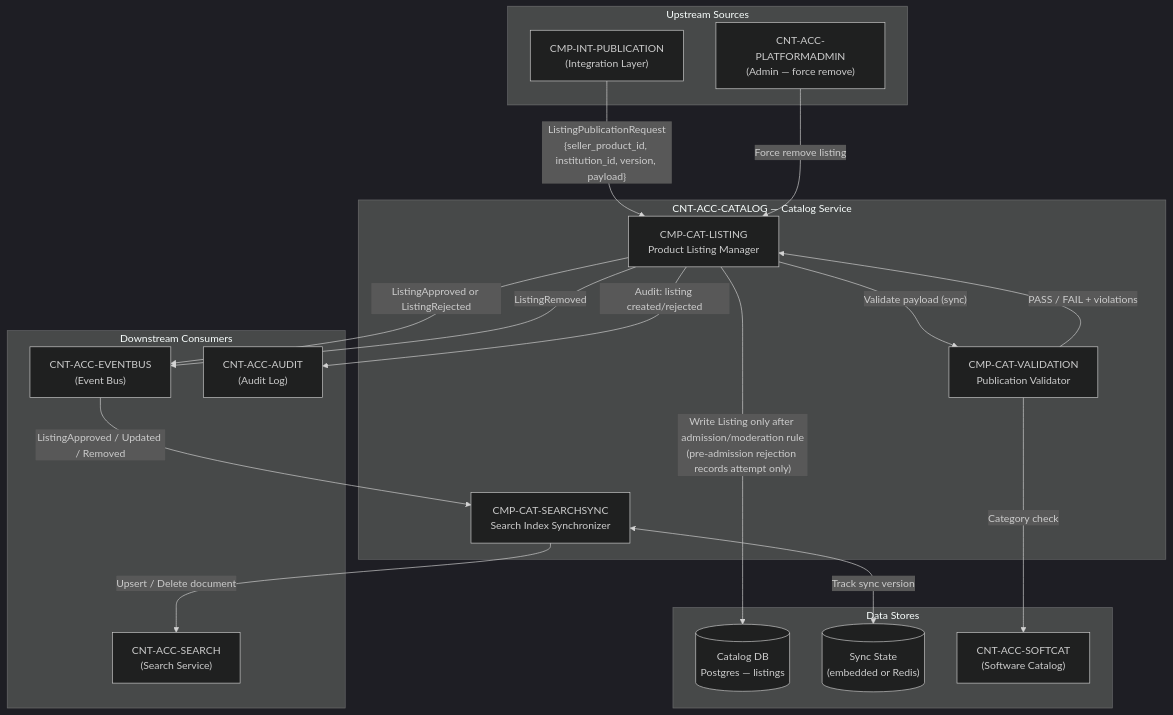
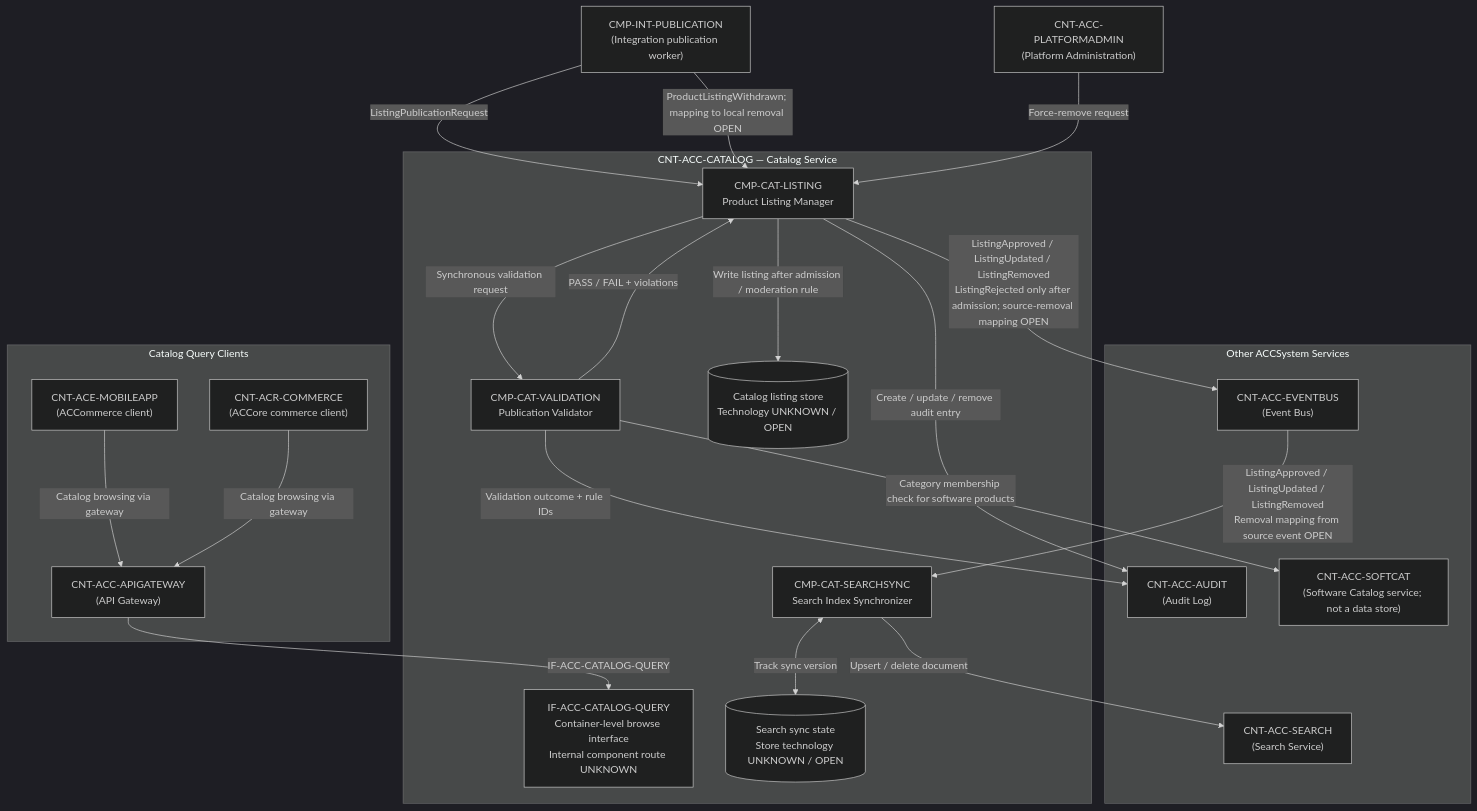
The diagram in acc-architecture/c3-components/CNT-ACC-CATALOG/component-diagram.md (Emran025/accsystem), drawn with Mermaid (dark theme) before and after one commit. The commit also changed other lines of this file and 8 other files, not shown here.

Commit message:
docs(architecture): correct C3 component diagrams

````diff
--- a/acc-architecture/c3-components/CNT-ACC-CATALOG/component-diagram.md
+++ b/acc-architecture/c3-components/CNT-ACC-CATALOG/component-diagram.md
@@ -11,43 +11,51 @@
 ```mermaid
 flowchart TD
-    subgraph Upstream["Upstream Sources"]
-        INTEGRATION["CMP-INT-PUBLICATION\n(Integration Layer)"]
-        ADMIN["CNT-ACC-PLATFORMADMIN\n(Admin — force remove)"]
+    subgraph Clients["Catalog Query Clients"]
+        MOBILE["CNT-ACE-MOBILEAPP\n(ACCommerce client)"]
+        COMMERCE["CNT-ACR-COMMERCE\n(ACCore commerce client)"]
+        APIGW["CNT-ACC-APIGATEWAY\n(API Gateway)"]
     end
 
+    INTEGRATION["CMP-INT-PUBLICATION\n(Integration publication worker)"]
+    ADMIN["CNT-ACC-PLATFORMADMIN\n(Platform Administration)"]
+
     subgraph CNT-ACC-CATALOG["CNT-ACC-CATALOG — Catalog Service"]
+        QUERY["IF-ACC-CATALOG-QUERY\nContainer-level browse interface\nInternal component route UNKNOWN"]
         LISTING["CMP-CAT-LISTING\nProduct Listing Manager"]
         VALIDATION["CMP-CAT-VALIDATION\nPublication Validator"]
         SEARCHSYNC["CMP-CAT-SEARCHSYNC\nSearch Index Synchronizer"]
+        CATDB[("Catalog listing store\nTechnology UNKNOWN / OPEN")]
+        SYNCSTATE[("Search sync state\nStore technology UNKNOWN / OPEN")]
     end
 
-    subgraph Downstream["Downstream Consumers"]
+    subgraph SharedServices["Other ACCSystem Services"]
         SEARCH["CNT-ACC-SEARCH\n(Search Service)"]
         EVENTBUS["CNT-ACC-EVENTBUS\n(Event Bus)"]
         AUDIT["CNT-ACC-AUDIT\n(Audit Log)"]
+        SOFTCAT["CNT-ACC-SOFTCAT\n(Software Catalog service; not a data store)"]
     end
 
-    subgraph Stores["Data Stores"]
-        CATDB[("Catalog DB\nPostgres — listings")]
-        SYNCSTATE[("Sync State\n(embedded or Redis)")]
-        SOFTCAT["CNT-ACC-SOFTCAT\n(Software Catalog)"]
-    end
+    %% Catalog query interface and documented client path
+    MOBILE -->|Catalog browsing via gateway| APIGW
+    COMMERCE -->|Catalog browsing via gateway| APIGW
+    APIGW -->|IF-ACC-CATALOG-QUERY| QUERY
 
-    %% Publication flow
-    INTEGRATION -->|"ListingPublicationRequest\n{seller_product_id, institution_id, version, payload}"| LISTING
-    LISTING -->|"Validate payload (sync)"| VALIDATION
-    VALIDATION -->|"Category check"| SOFTCAT
-    VALIDATION -->|"PASS / FAIL + violations"| LISTING
-    LISTING -->|"Write Listing only after admission/moderation rule\n(pre-admission rejection records attempt only)"| CATDB
-    LISTING -->|"ListingApproved or ListingRejected"| EVENTBUS
-    LISTING -->|"Audit: listing created/rejected"| AUDIT
+    %% Publication and validation
+    INTEGRATION -->|ListingPublicationRequest| LISTING
+    INTEGRATION -->|ProductListingWithdrawn; mapping to local removal OPEN| LISTING
+    LISTING -->|Synchronous validation request| VALIDATION
+    VALIDATION -->|Category membership check for software products| SOFTCAT
+    VALIDATION -->|PASS / FAIL + violations| LISTING
+    VALIDATION -->|Validation outcome + rule IDs| AUDIT
+    LISTING -->|Write listing after admission / moderation rule| CATDB
+    LISTING -->|ListingApproved / ListingUpdated / ListingRemoved\nListingRejected only after admission; source-removal mapping OPEN| EVENTBUS
+    LISTING -->|Create / update / remove audit entry| AUDIT
 
-    %% Search sync
-    EVENTBUS -->|"ListingApproved / Updated / Removed"| SEARCHSYNC
-    SEARCHSYNC <-->|"Track sync version"| SYNCSTATE
-    SEARCHSYNC -->|"Upsert / Delete document"| SEARCH
+    %% Search synchronization
+    EVENTBUS -->|ListingApproved / ListingUpdated / ListingRemoved\nRemoval mapping from source event OPEN| SEARCHSYNC
+    SEARCHSYNC <-->|Track sync version| SYNCSTATE
+    SEARCHSYNC -->|Upsert / delete document| SEARCH
 
-    %% Admin retraction
-    ADMIN -->|"Force remove listing"| LISTING
-    LISTING -->|"ListingRemoved"| EVENTBUS
+    %% Authorized administrative retraction
+    ADMIN -->|Force-remove request| LISTING
 ```
````
